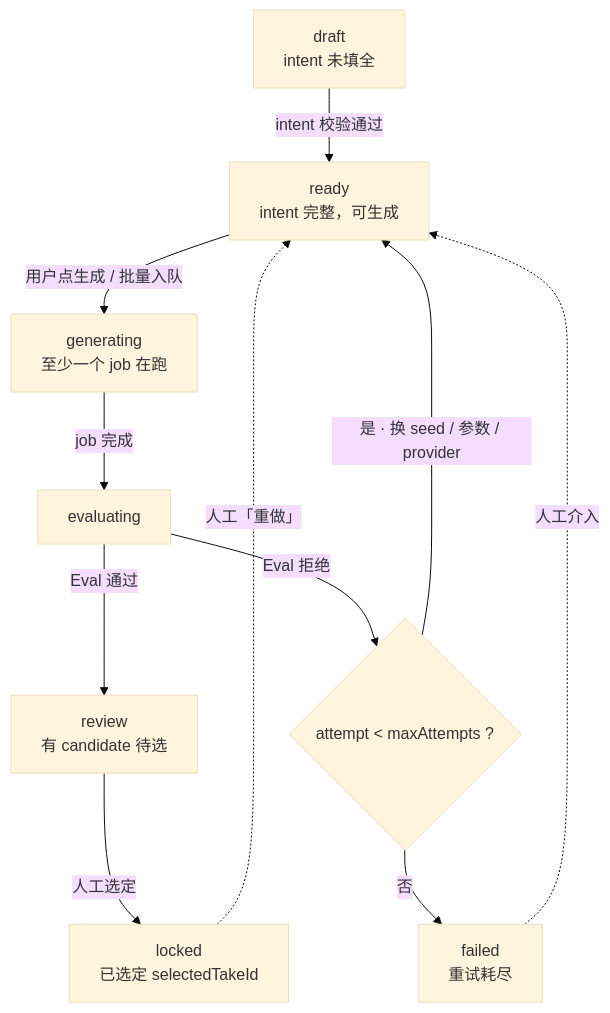
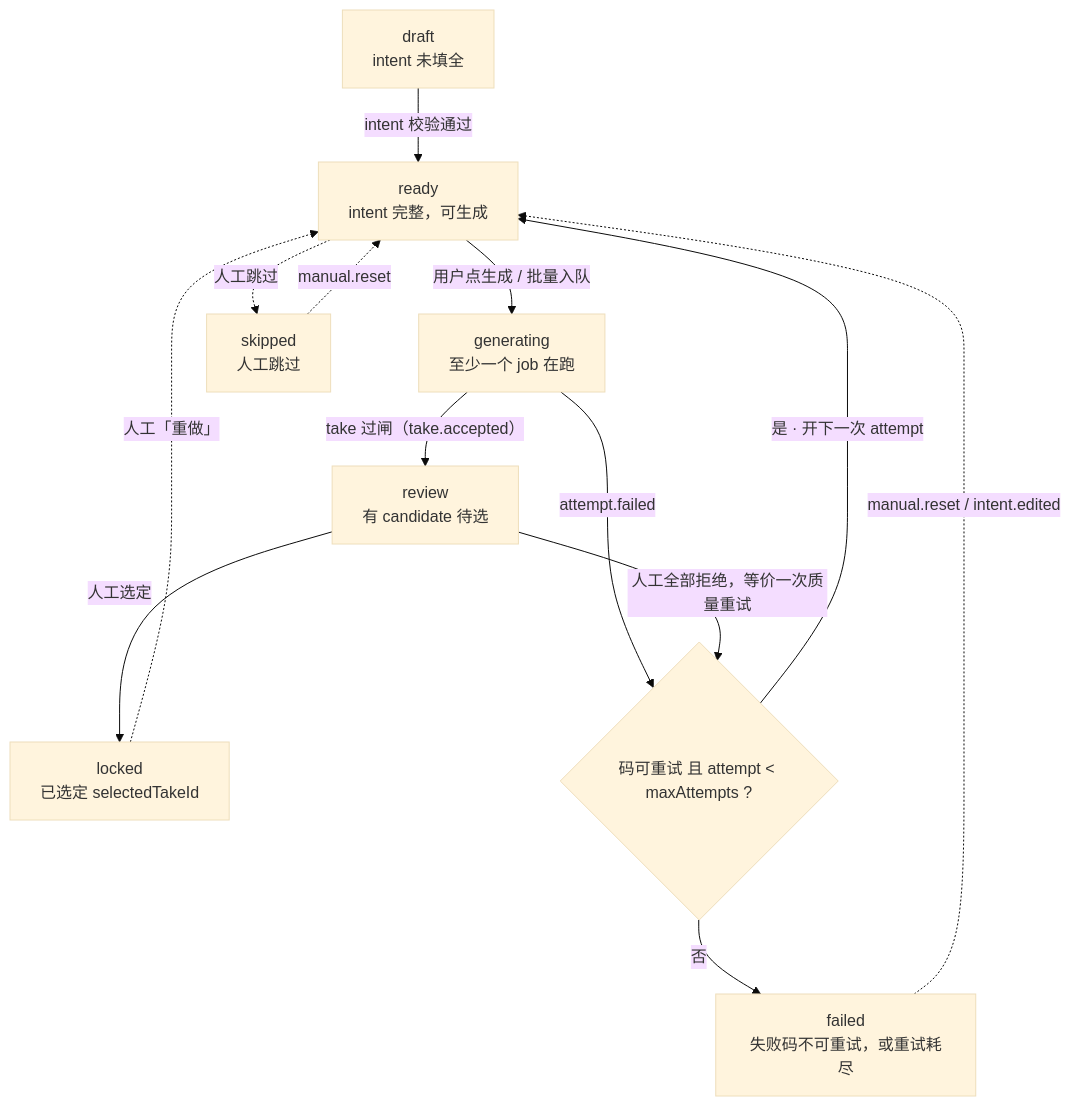
The second of 2 diagrams in docs/_src/03-pipeline.md (JasonZQH/AI-Drama-NA), drawn with Mermaid (base theme) before and after one commit. The commit also changed other lines of this file and 21 other files, not shown here.

First line of the commit message:
docs: ADR 断链 + 六份文档标注「已交付 vs 蓝图」（PR-K/L）

````diff
--- a/docs/_src/03-pipeline.md
+++ b/docs/_src/03-pipeline.md
@@ -128,21 +131,23 @@
 ```mermaid
 flowchart TD
     draft["draft<br/>intent 未填全"]
     ready["ready<br/>intent 完整，可生成"]
     generating["generating<br/>至少一个 job 在跑"]
-    evaluating["evaluating"]
     review["review<br/>有 candidate 待选"]
     locked["locked<br/>已选定 selectedTakeId"]
-    failed["failed<br/>重试耗尽"]
-    retry{"attempt &lt; maxAttempts ?"}
+    failed["failed<br/>失败码不可重试，或重试耗尽"]
+    skipped["skipped<br/>人工跳过"]
+    retry{"码可重试 且 attempt &lt; maxAttempts ?"}
     draft -->|"intent 校验通过"| ready
     ready -->|"用户点生成 / 批量入队"| generating
-    generating -->|"job 完成"| evaluating
-    evaluating -->|"Eval 通过"| review
-    evaluating -->|"Eval 拒绝"| retry
-    retry -->|"是 · 换 seed / 参数 / provider"| ready
+    generating -->|"take 过闸（take.accepted）"| review
+    generating -->|"attempt.failed"| retry
+    review -->|"人工全部拒绝，等价一次质量重试"| retry
+    retry -->|"是 · 开下一次 attempt"| ready
     retry -->|"否"| failed
     review -->|"人工选定"| locked
     locked -.->|"人工「重做」"| ready
-    failed -.->|"人工介入"| ready
+    failed -.->|"manual.reset / intent.edited"| ready
+    ready -.->|"人工跳过"| skipped
+    skipped -.->|"manual.reset"| ready
 ```
````
